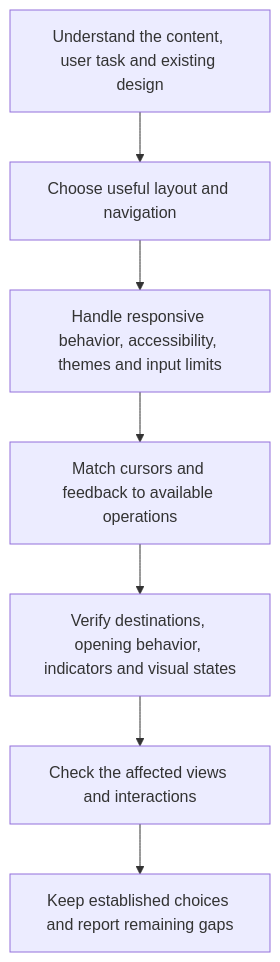
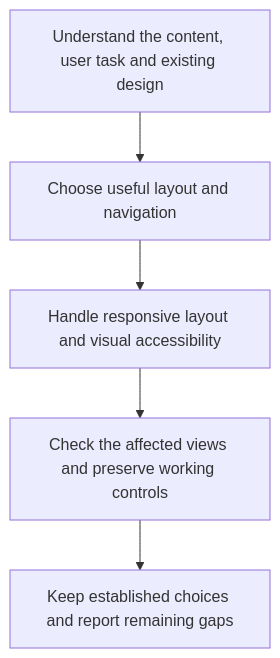
One commit to myowinthein/agent-helm changed the diagram in docs/rules/design/detailed.md. Above: the diagram before and after it, drawn with Mermaid. The commit also changed other lines of this file and 20 other files, not shown here.

````diff
--- a/docs/rules/design/detailed.md
+++ b/docs/rules/design/detailed.md
@@ -22,9 +22,7 @@
 ```mermaid
 flowchart TD
   Task["Understand the content, user task and existing design"] --> Structure["Choose useful layout and navigation"]
-  Structure --> Access["Handle responsive behavior, accessibility, themes and input limits"]
-  Access --> Cursors["Match cursors and feedback to available operations"]
-  Cursors --> Links["Verify destinations, opening behavior, indicators and visual states"]
-  Links --> Review["Check the affected views and interactions"]
+  Structure --> Access["Handle responsive layout and visual accessibility"]
+  Access --> Review["Check the affected views and preserve working controls"]
   Review --> Result["Keep established choices and report remaining gaps"]
 ```
````
